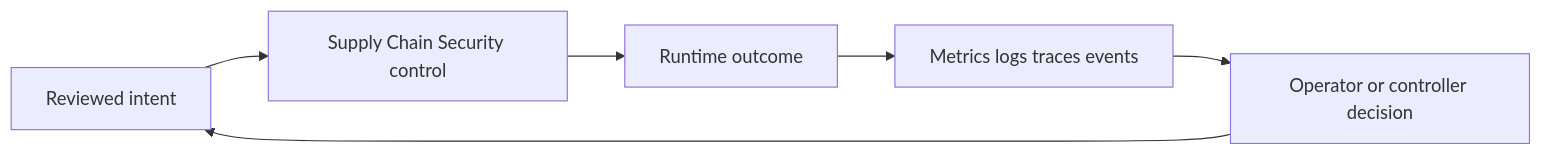
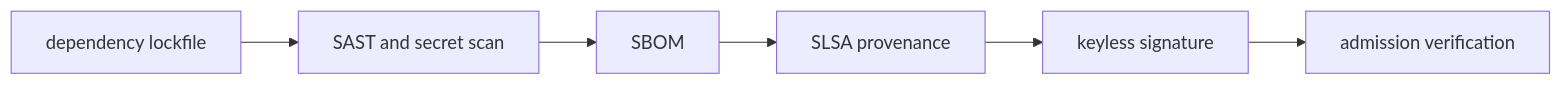
Before and after one commit to m1mohamad/devops-sre-prep: the diagram in docs/study/cicd/06-supply-chain-security.md, drawn with Mermaid. The commit also changed other lines of this file and 61 other files, not shown here.

Commit message:
Replace generic architecture and study templates

````diff
--- a/docs/study/cicd/06-supply-chain-security.md
+++ b/docs/study/cicd/06-supply-chain-security.md
@@ -20,8 +15,4 @@
 ```mermaid
 flowchart LR
-  Intent[Reviewed intent] --> Control[Supply Chain Security control]
-  Control --> Runtime[Runtime outcome]
-  Runtime --> Signals[Metrics logs traces events]
-  Signals --> Decision[Operator or controller decision]
-  Decision --> Intent
+  N0[dependency lockfile] --> N1[SAST and secret scan] --> N2[SBOM] --> N3[SLSA provenance] --> N4[keyless signature] --> N5[admission verification]
 ```
````
